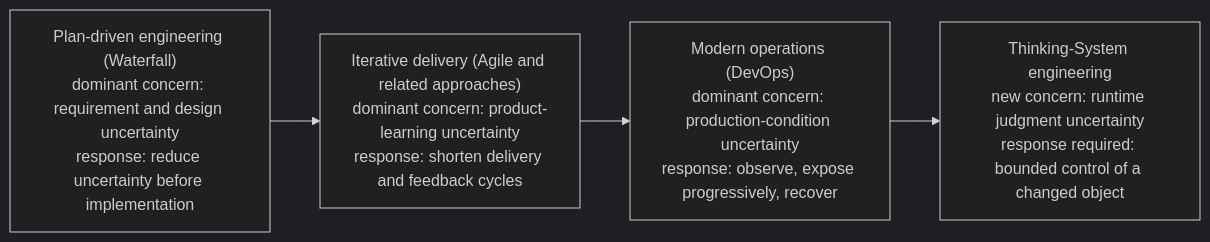
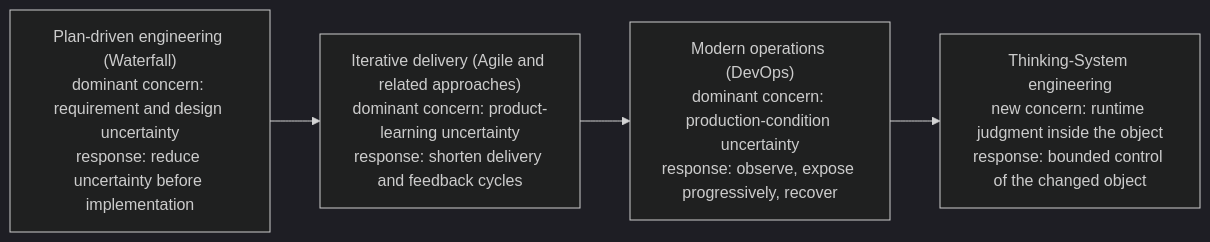
Before and after one commit to UncertaintyArchitectureGroup/uncertainty-architecture: the first of 14 diagrams in content/research/notes/open-engineering-specification-article-draft.md, drawn with Mermaid (dark theme). The commit also changed other lines of this file and 15 other files, not shown here.

Commit message:
Clarify Thinking System object, control boundary, and research positioning

````diff
--- a/content/research/notes/open-engineering-specification-article-draft.md
+++ b/content/research/notes/open-engineering-specification-article-draft.md
@@ -68,9 +68,9 @@
 ```mermaid
 flowchart LR
     W["Plan-driven engineering (Waterfall)<br/>dominant concern: requirement and design uncertainty<br/>response: reduce uncertainty before implementation"]
     A["Iterative delivery (Agile and related approaches)<br/>dominant concern: product-learning uncertainty<br/>response: shorten delivery and feedback cycles"]
     D["Modern operations (DevOps)<br/>dominant concern: production-condition uncertainty<br/>response: observe, expose progressively, recover"]
-    T["Thinking-System engineering<br/>new concern: runtime judgment uncertainty<br/>response required: bounded control of a changed object"]
+    T["Thinking-System engineering<br/>new concern: runtime judgment inside the object<br/>response: bounded control of the changed object"]
 
     W --> A --> D --> T
 ```
````
